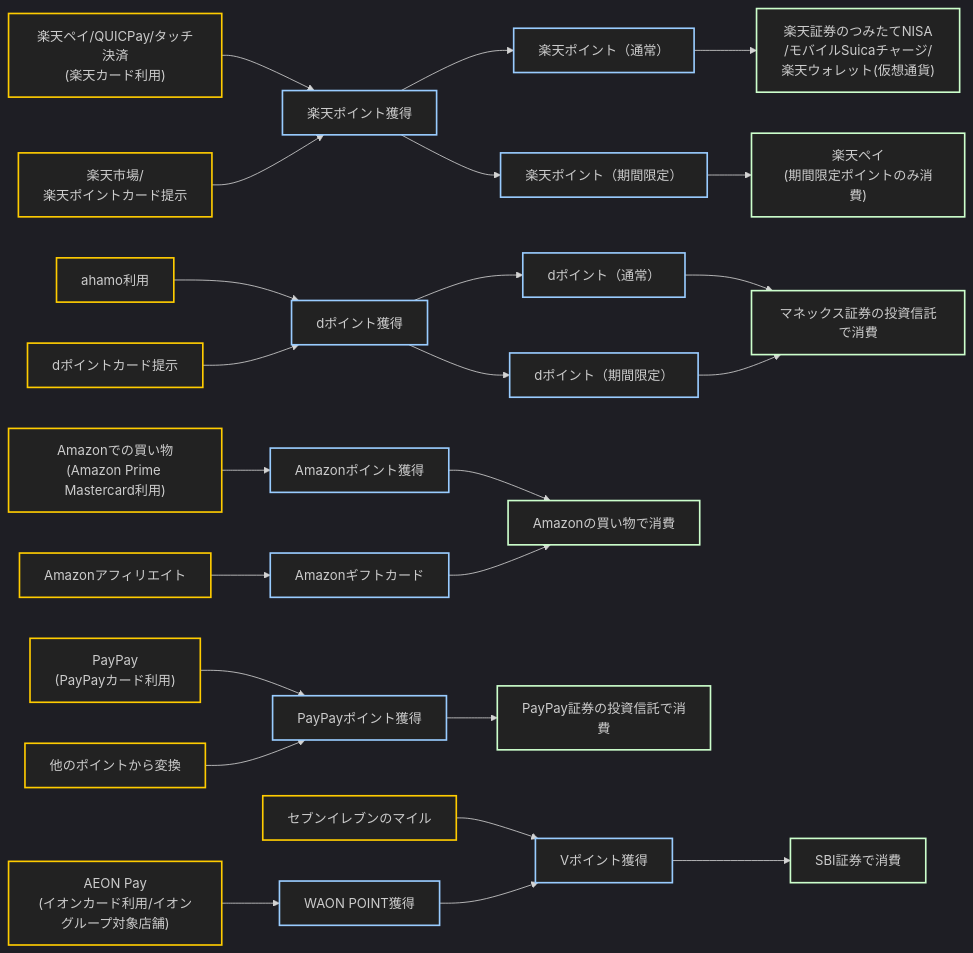
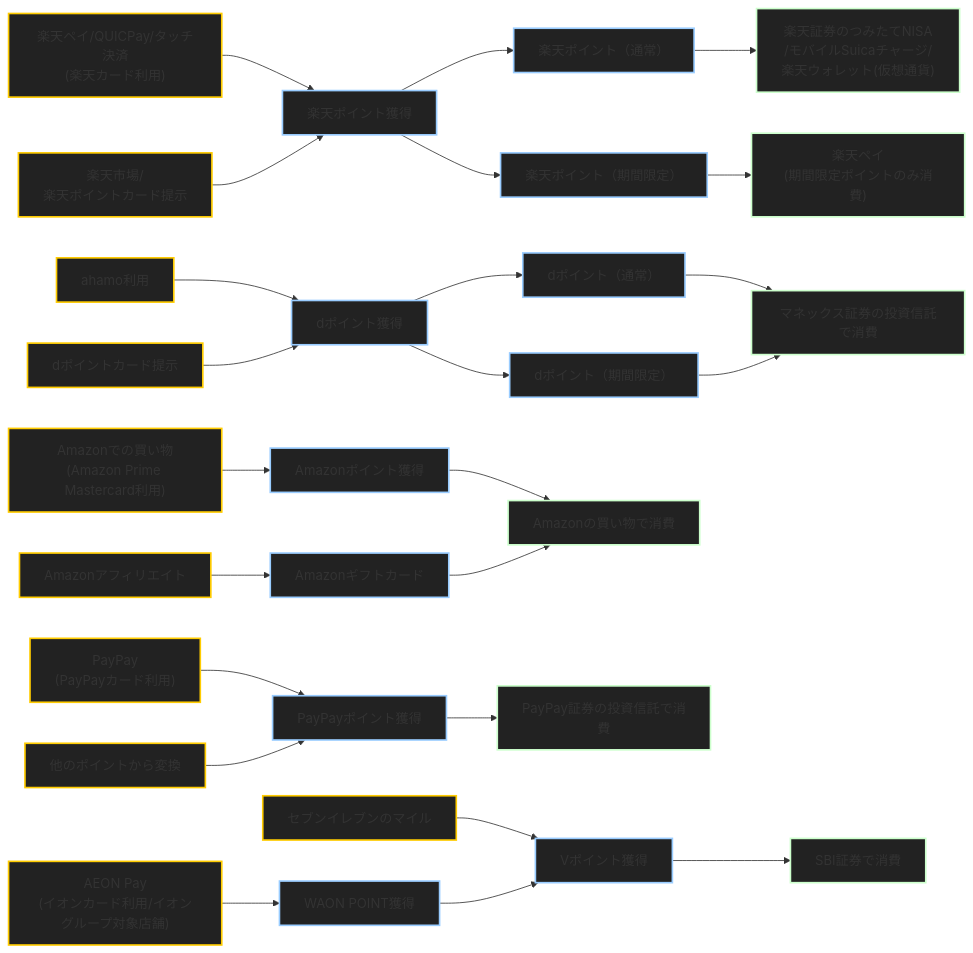
The diagram in content/docs/ポイ活.md (aegisfleet/shared-notebook), drawn with Mermaid before and after one commit. The commit also changed 2 other files, not shown here.

Commit message:
feat: add Mermaid diagram support with custom rendering and styling

````diff
--- a/content/docs/ポイ活.md
+++ b/content/docs/ポイ活.md
@@ -9,63 +9,62 @@
 ```mermaid
-%%{init: {'theme':'dark', 'flowchart':{'curve':'basis'}}}%%
 flowchart LR
   %% ノード定義
   A["楽天ペイ/QUICPay/タッチ決済<br>(楽天カード利用)"]:::payment
   B["楽天ポイント獲得"]:::earning
   E["楽天ポイント（通常）"]:::earning
   G["楽天証券のつみたてNISA<br>/モバイルSuicaチャージ/<br>楽天ウォレット(仮想通貨)"]:::consumption
   D["楽天ポイント（期間限定）"]:::earning
   F["楽天ペイ<br>(期間限定ポイントのみ消費)"]:::consumption
   M["楽天市場/<br>楽天ポイントカード提示"]:::payment
 
   H["ahamo利用"]:::payment
   I["dポイント獲得"]:::earning
   I1["dポイント（通常）"]:::earning
   I2["dポイント（期間限定）"]:::earning
   U["dポイントカード提示"]:::payment
   V["マネックス証券の投資信託で消費"]:::consumption
 
   K["Amazonでの買い物<br>(Amazon Prime Mastercard利用)"]:::payment
   L["Amazonポイント獲得"]:::earning
   K2["Amazonアフィリエイト"]:::payment
   L2["Amazonギフトカード"]:::earning
   J["Amazonの買い物で消費"]:::consumption
 
   N["PayPay<br>(PayPayカード利用)"]:::payment
   O["PayPayポイント獲得"]:::earning
   T["他のポイントから変換"]:::payment
   P["PayPay証券の投資信託で消費"]:::consumption
 
   Q["セブンイレブンのマイル"]:::payment
   R["Vポイント獲得"]:::earning
   S["SBI証券で消費"]:::consumption
 
   W1["AEON Pay<br>(イオンカード利用/イオングループ対象店舗)"]:::payment
   W2["WAON POINT獲得"]:::earning
 
   %% 接続
   A --> B
   M --> B
   B --> E --> G
   B --> D --> F
 
   H --> I
   U --> I
   I --> I1 --> V
   I --> I2 --> V
 
   K --> L --> J
   K2 --> L2 --> J
 
   N --> O
   T --> O
   O --> P
 
   Q --> R --> S
   W1 --> W2 --> R
 
   %% クラス定義
   classDef payment fill:#222222,stroke:#ffcc00,stroke-width:2px;
   classDef earning fill:#222222,stroke:#99ccff,stroke-width:2px;
   classDef consumption fill:#222222,stroke:#ccffcc,stroke-width:2px;
 ```
````
